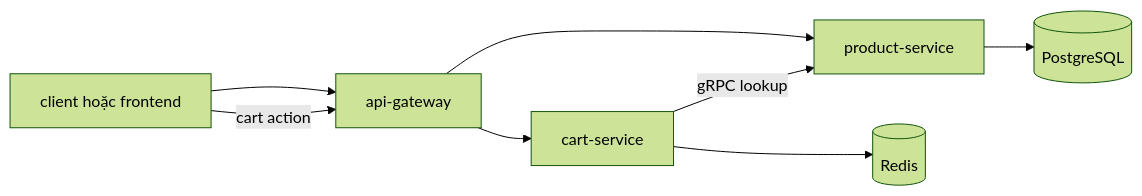
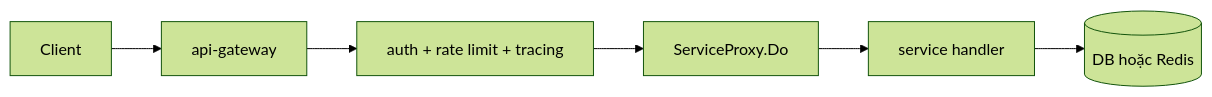
The first of 11 diagrams in docs/deep-dive/README.md (NguyenDung278/E-CommerceMicroservicesPlatform), drawn with Mermaid (forest theme) before and after one commit. The commit also changed other lines of this file and 123 other files, not shown here.

````diff
--- a/docs/deep-dive/README.md
+++ b/docs/deep-dive/README.md
@@ -32,10 +19,8 @@
 ```mermaid
 flowchart LR
-    UI[client hoặc frontend] --> Gateway[api-gateway]
-    Gateway --> Product[product-service]
-    UI -->|cart action| Gateway
-    Gateway --> Cart[cart-service]
-    Cart -->|gRPC lookup| Product
-    Product --> ProductDB[(PostgreSQL)]
-    Cart --> Redis[(Redis)]
+    Client --> Gateway[api-gateway]
+    Gateway --> Middleware[auth + rate limit + tracing]
+    Middleware --> Proxy[ServiceProxy.Do]
+    Proxy --> Backend[service handler]
+    Backend --> Store[(DB hoặc Redis)]
 ```
````
